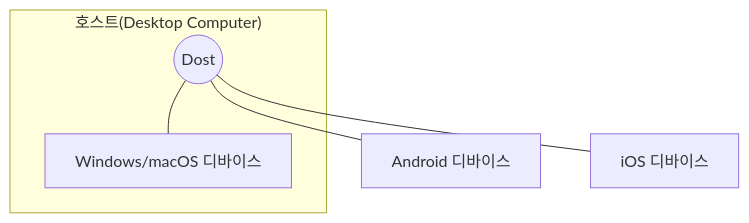
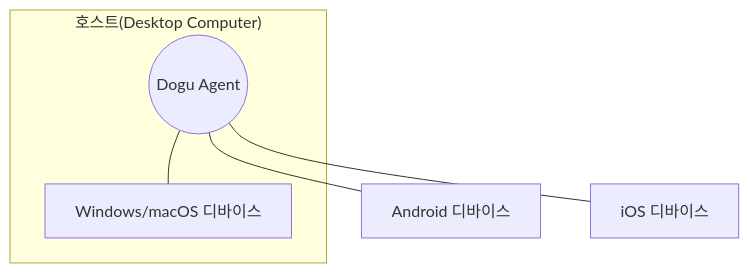
The diagram in docs/i18n/ko/docusaurus-plugin-content-docs/current/device-farm/index.mdx (dogu-team/dogu), drawn with Mermaid before and after one commit. The commit also changed other lines of this file and 22 other files, not shown here.

Commit message:
docs: dost -> dogu agent

````diff
--- a/docs/i18n/ko/docusaurus-plugin-content-docs/current/device-farm/index.mdx
+++ b/docs/i18n/ko/docusaurus-plugin-content-docs/current/device-farm/index.mdx
@@ -38,14 +38,14 @@
 ```mermaid
 graph TD;
     subgraph host["호스트(Desktop Computer)"]
-        dost((Dost))
+        agent((Dogu Agent))
         device-builtin[Windows/macOS 디바이스]
     end
     device-a[Android 디바이스]
     device-i[iOS 디바이스]
 
-    dost --- device-builtin
-    dost --- device-a
-    dost --- device-i
+    agent --- device-builtin
+    agent --- device-a
+    agent --- device-i
 
 ```
````
